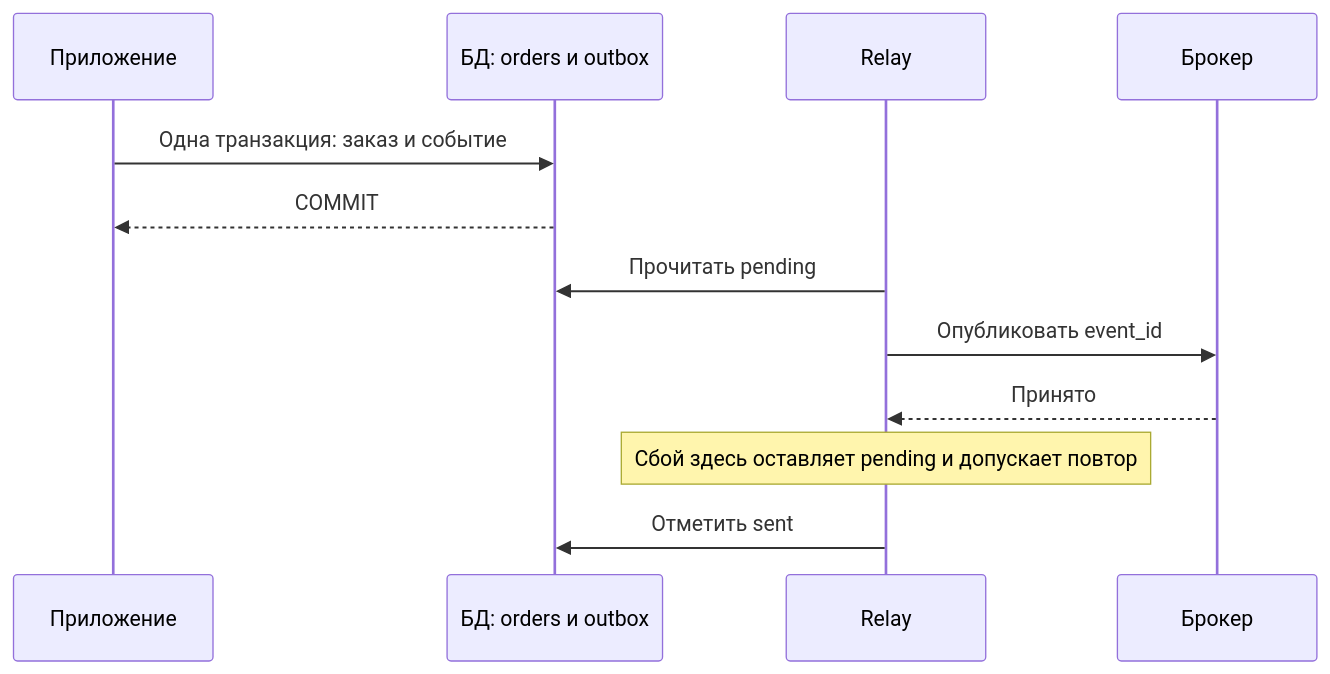
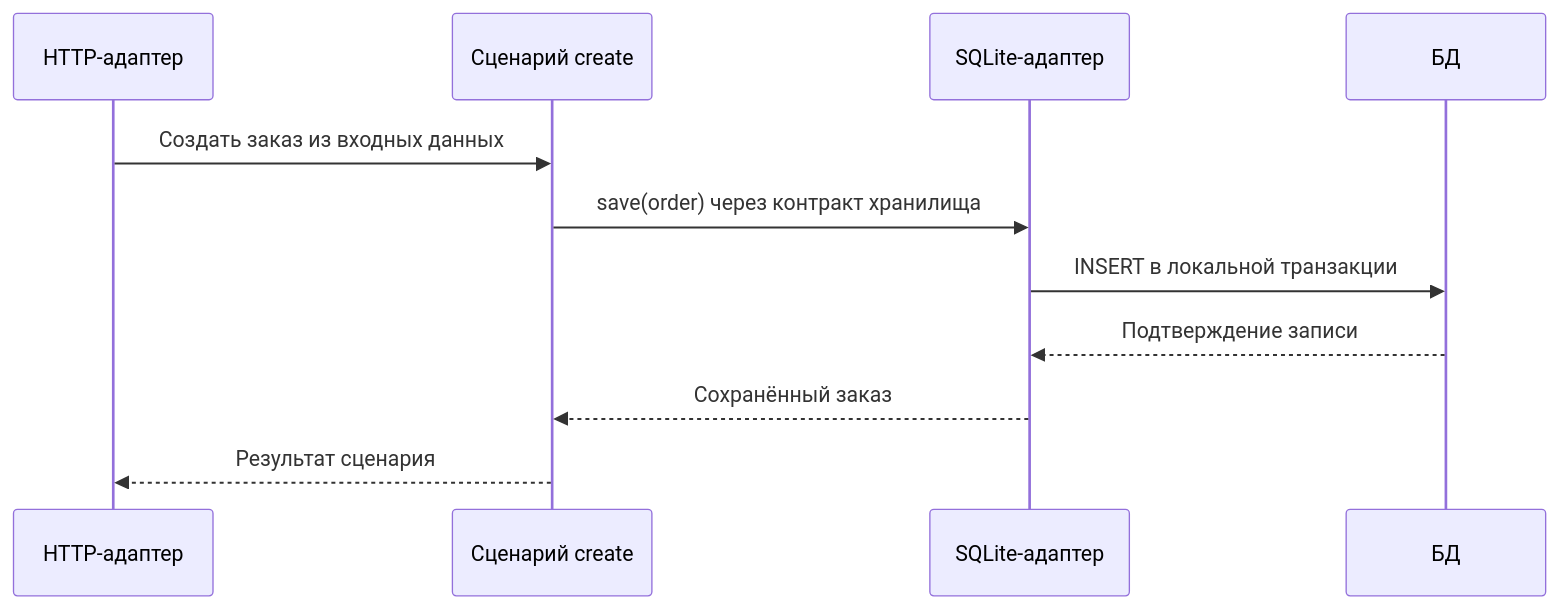
The fourth of 5 diagrams in architecture/patterns/architecture-patterns.md (IAMN1/devrefsnap), drawn with Mermaid before and after one commit. The commit also changed other lines of this file and 11 other files, not shown here.

First line of the commit message:
docs: make architecture cheat sheets visual and task oriented

````diff
--- a/architecture/patterns/architecture-patterns.md
+++ b/architecture/patterns/architecture-patterns.md
@@ -182,14 +154,13 @@
 ```mermaid
 sequenceDiagram
-    participant A as Приложение
-    participant D as БД: orders и outbox
-    participant R as Relay
-    participant B as Брокер
-    A->>D: Одна транзакция: заказ и событие
-    D-->>A: COMMIT
-    R->>D: Прочитать pending
-    R->>B: Опубликовать event_id
-    B-->>R: Принято
-    Note over R: Сбой здесь оставляет pending и допускает повтор
-    R->>D: Отметить sent
+    participant H as HTTP-адаптер
+    participant U as Сценарий create
+    participant A as SQLite-адаптер
+    participant D as БД
+    H->>U: Создать заказ из входных данных
+    U->>A: save(order) через контракт хранилища
+    A->>D: INSERT в локальной транзакции
+    D-->>A: Подтверждение записи
+    A-->>U: Сохранённый заказ
+    U-->>H: Результат сценария
 ```
````
